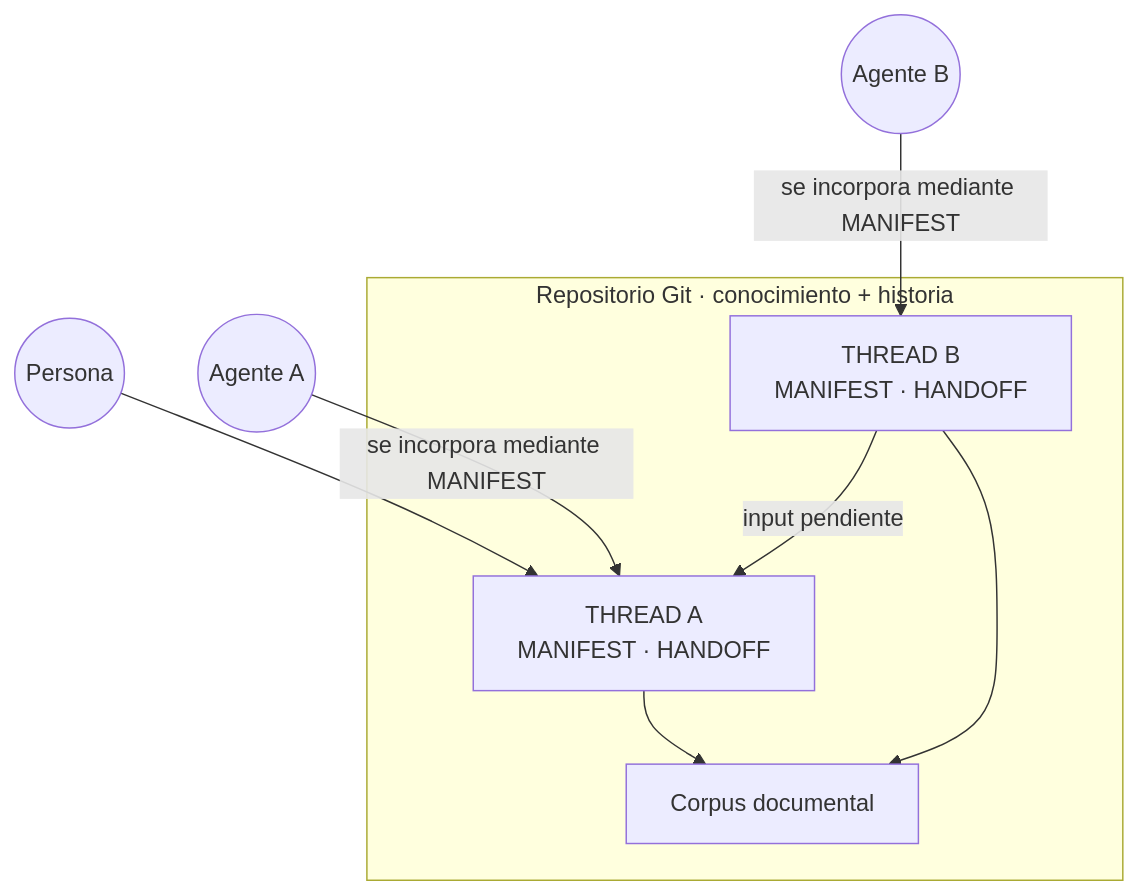
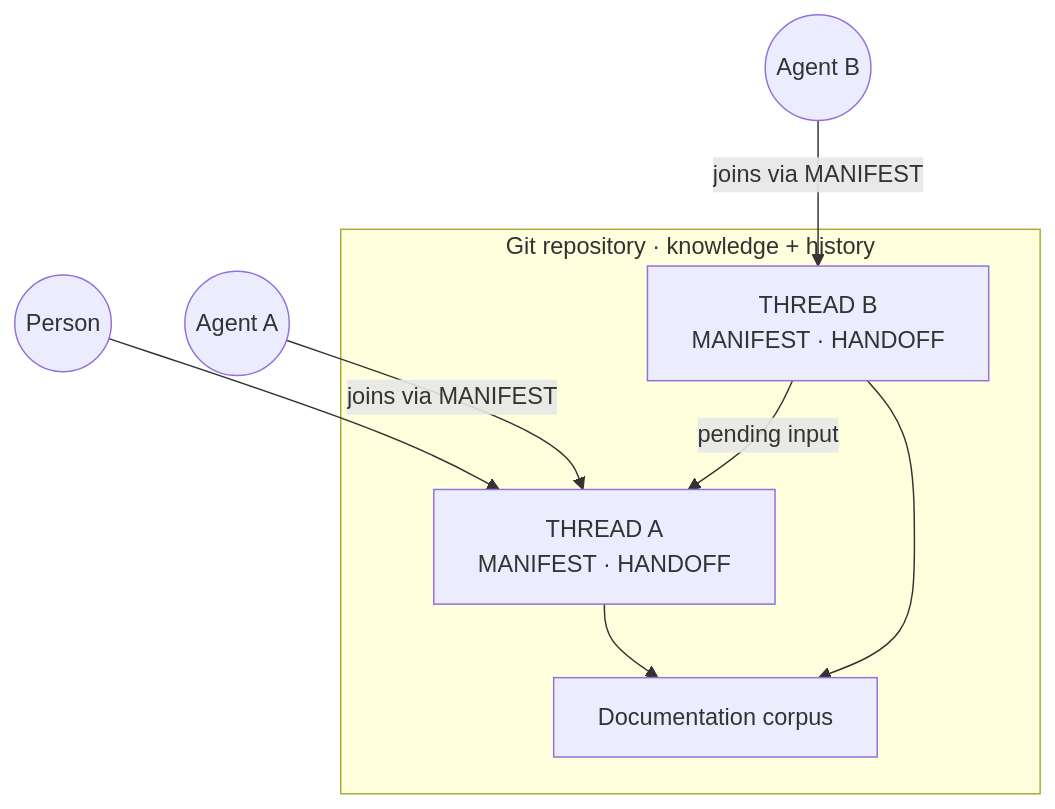
One commit to gineslm/warp changed the diagram in README.md. Above: the diagram before and after it, drawn with Mermaid. The commit also changed other lines of this file and 1 other file, not shown here.

````diff
--- a/README.md
+++ b/README.md
@@ -95,19 +97,19 @@
 ```mermaid
 flowchart TB
-  human(("Persona"))
-  agent1(("Agente A"))
-  agent2(("Agente B"))
+  human(("Person"))
+  agent1(("Agent A"))
+  agent2(("Agent B"))
 
-  subgraph repo["Repositorio Git · conocimiento + historia"]
+  subgraph repo["Git repository · knowledge + history"]
     TA["THREAD A<br/>MANIFEST · HANDOFF"]
     TB["THREAD B<br/>MANIFEST · HANDOFF"]
-    DOCS["Corpus documental"]
+    DOCS["Documentation corpus"]
   end
 
   human --> TA
-  agent1 -->|"se incorpora mediante MANIFEST"| TA
-  agent2 -->|"se incorpora mediante MANIFEST"| TB
-  TB -->|"input pendiente"| TA
+  agent1 -->|"joins via MANIFEST"| TA
+  agent2 -->|"joins via MANIFEST"| TB
+  TB -->|"pending input"| TA
   TA --> DOCS
   TB --> DOCS
 ```
````
